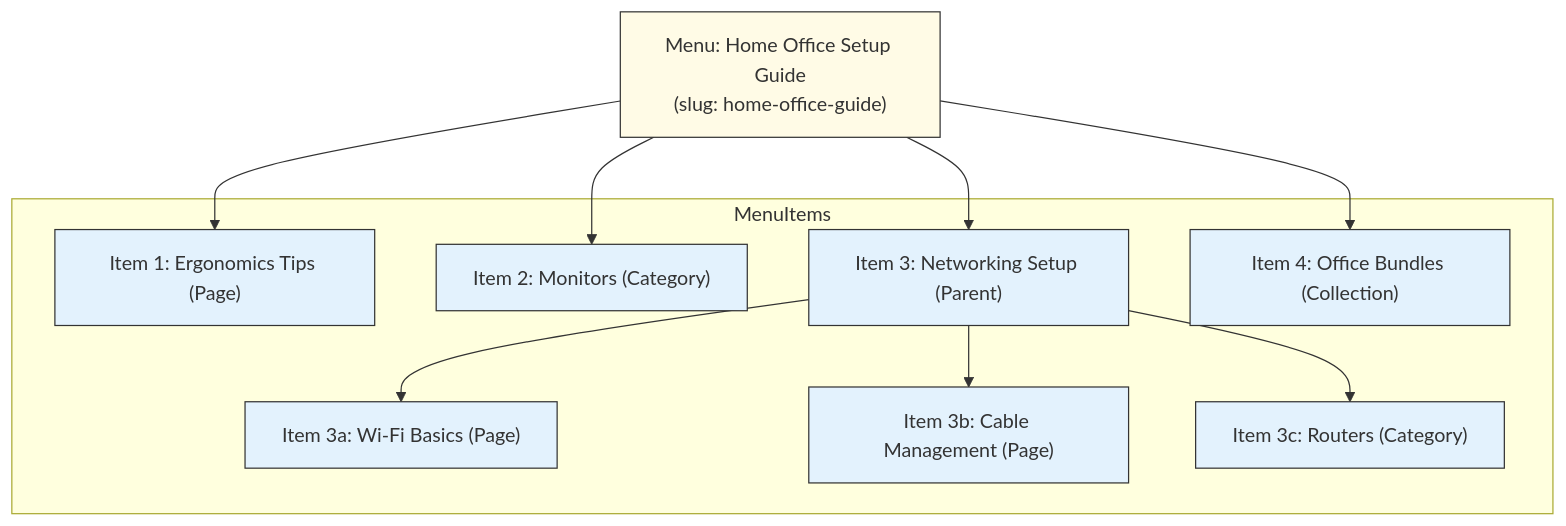
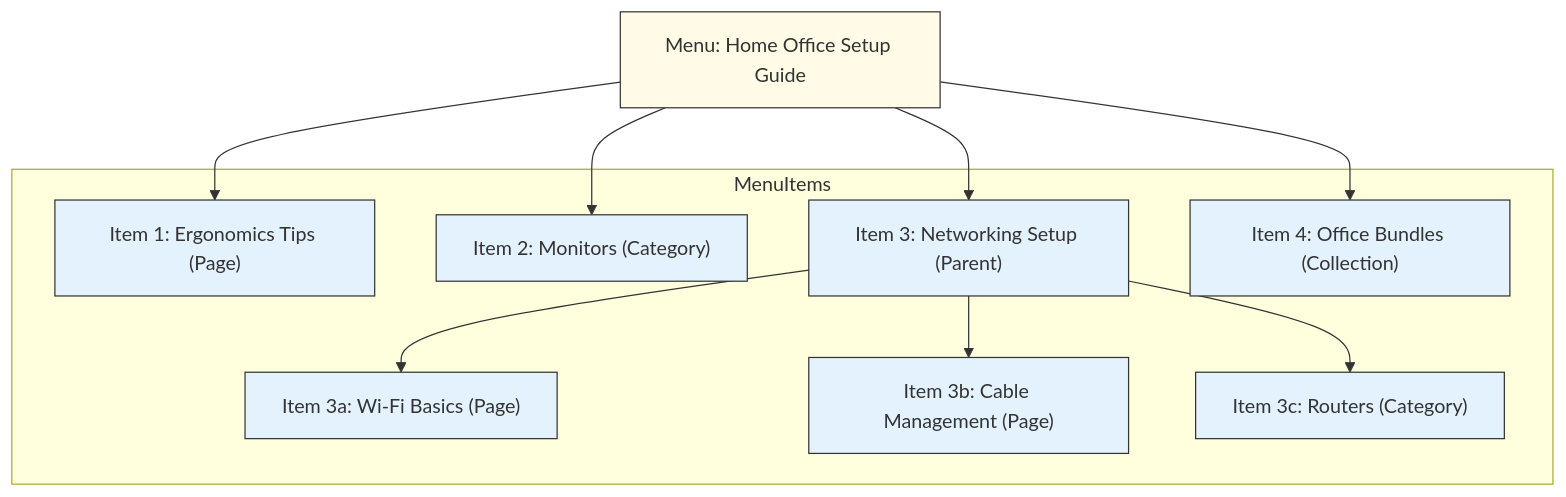
The diagram in docs/developer/menu.mdx (saleor/saleor-docs), drawn with Mermaid before and after one commit. The commit also changed other lines of this file, not shown here.

Commit message:
smol changes

````diff
--- a/docs/developer/menu.mdx
+++ b/docs/developer/menu.mdx
@@ -17,29 +17,29 @@
 ```mermaid
 graph TD
-    MenuGuide["Menu: Home Office Setup Guide<br/>(slug: home-office-guide)"]
+    MenuGuide["Menu: Home Office Setup Guide<br/>"]
 
     subgraph MenuItems
         ItemPageErgonomics["Item 1: Ergonomics Tips (Page)"]
         ItemCatMonitors["Item 2: Monitors (Category)"]
         ItemSubNetworking["Item 3: Networking Setup (Parent)"]
             ItemPageWifi["Item 3a: Wi-Fi Basics (Page)"]
             ItemPageCable["Item 3b: Cable Management (Page)"]
             ItemCatRouters["Item 3c: Routers (Category)"]
         ItemCollBundles["Item 4: Office Bundles (Collection)"]
     end
 
     %% Relationships
     MenuGuide --> ItemPageErgonomics
     MenuGuide --> ItemCatMonitors
     MenuGuide --> ItemSubNetworking
     MenuGuide --> ItemCollBundles
 
     ItemSubNetworking --> ItemPageWifi
     ItemSubNetworking --> ItemPageCable
     ItemSubNetworking --> ItemCatRouters
 
     classDef Menu fill:#fffbe6,stroke:#333,stroke-width:1px;
     classDef Item fill:#e3f2fd,stroke:#333,stroke-width:1px;
     class MenuGuide Menu;
     class ItemPageErgonomics,ItemCatMonitors,ItemSubNetworking,ItemCollBundles,ItemPageWifi,ItemPageCable,ItemCatRouters Item;
 ```
````
